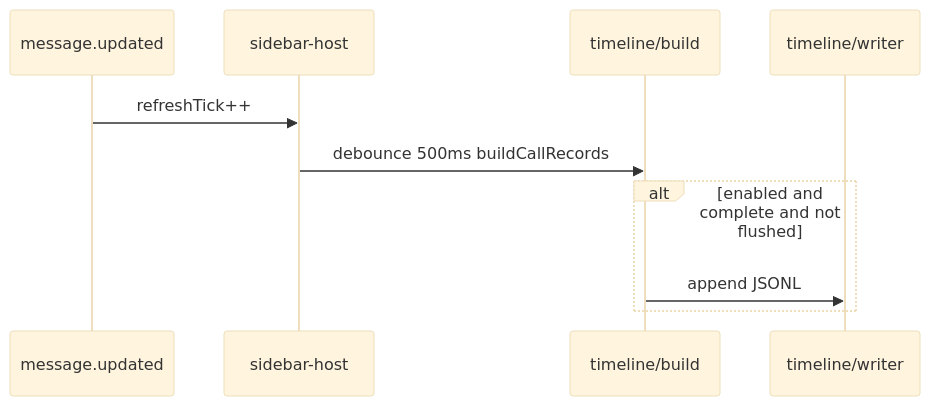
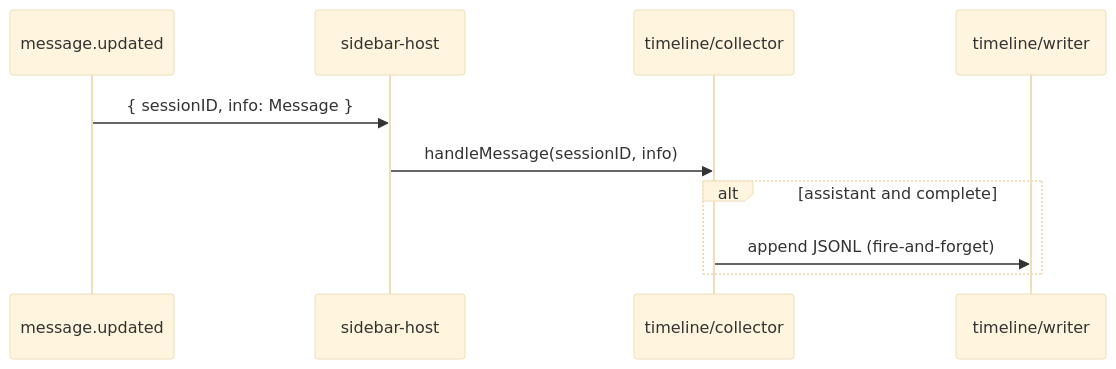
The second of 2 diagrams in docs/en/timeline.md (joaomj/opencode-cache-hit-plugin), drawn with Mermaid (base theme) before and after one commit. The commit also changed other lines of this file and 13 other files, not shown here.

First line of the commit message:
refactor: event-driven timeline collector, eliminate polling and dedup

````diff
--- a/docs/en/timeline.md
+++ b/docs/en/timeline.md
@@ -180,13 +180,13 @@
 ```mermaid
 sequenceDiagram
   participant E as message.updated
   participant H as sidebar-host
-  participant B as timeline/build
+  participant C as timeline/collector
   participant W as timeline/writer
 
-  E->>H: refreshTick++
-  H->>B: debounce 500ms buildCallRecords
-  alt enabled and complete and not flushed
-    B->>W: append JSONL
+  E->>H: { sessionID, info: Message }
+  H->>C: handleMessage(sessionID, info)
+  alt assistant and complete
+    C->>W: append JSONL (fire-and-forget)
   end
 ```
````
